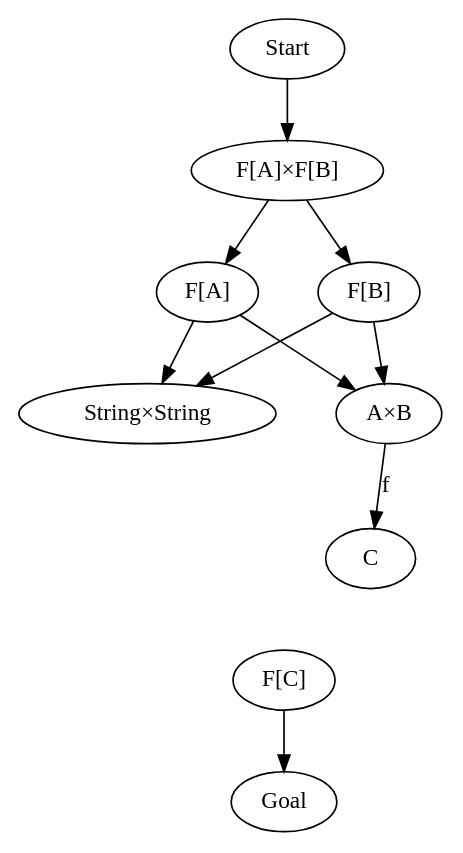
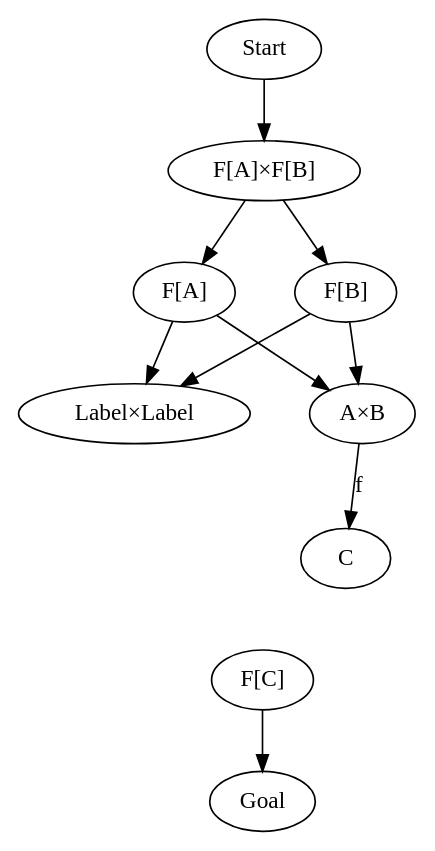
Before and after one commit to nrinaudo/things-that-are-things: the diagram in src/main/graphviz/product-map2-before-predicate.dot, drawn with Graphviz. The commit also changed 12 other files, not shown here.

```diff
--- a/src/main/graphviz/product-map2-before-predicate.dot
+++ b/src/main/graphviz/product-map2-before-predicate.dot
@@ -1,42 +1,42 @@
 digraph {
     Start[class="extremity"]
     Goal[class="extremity"]
 
     FAFB[label="F[A]×F[B]" class="start"]
     FA[label="F[A]"]
     FB[label="F[B]"]
-    XX[label="String×String" class="disabled"]
+    XX[label="Label×Label" class="disabled"]
     AB[label="A×B" class="disabled"]
     FC[label="F[C]" class="goal"]
     C[class="disabled"]
-    X[label="String" style="invis"]
+    X[label="Label" style="invis"]
 
     {
         rank=same
         FA -> FB[style="invis"]
     }
 
     {
         rank=same
         XX -> AB[style="invis"]
     }
 
         {
         rank=same
         X -> C[style="invis"]
     }
 
     FAFB -> FA[class="disabled"]
     FAFB -> FB[class="disabled"]
     FA -> XX[class="disabled"]
     FA -> AB[class="disabled"]
     FB -> XX[class="disabled"]
     FB -> AB[class="disabled"]
     XX -> X[label="combine" style="invis"]
     AB -> C[label="f" class="disabled"]
     X -> FC[style="invis"]
     C -> FC[style="invis"]
 
     Start -> FAFB[class="start"]
     FC -> Goal[class="goal"]
 }
```
